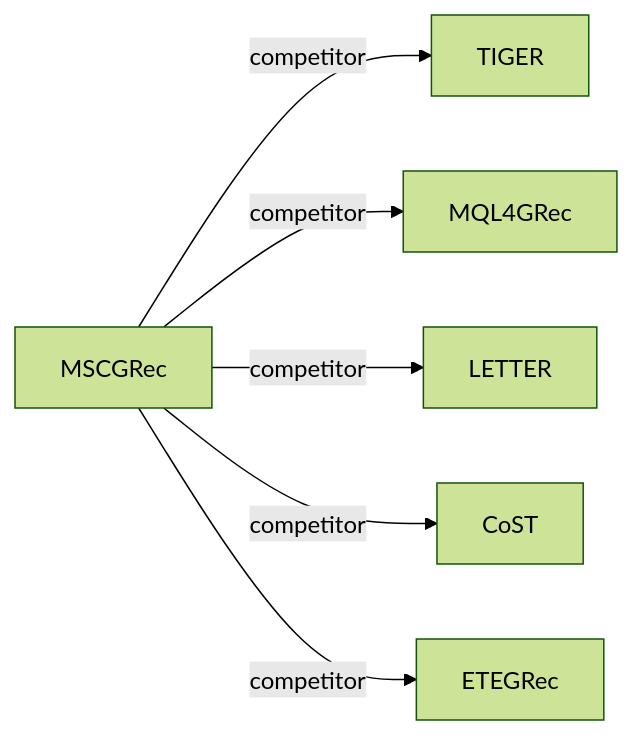
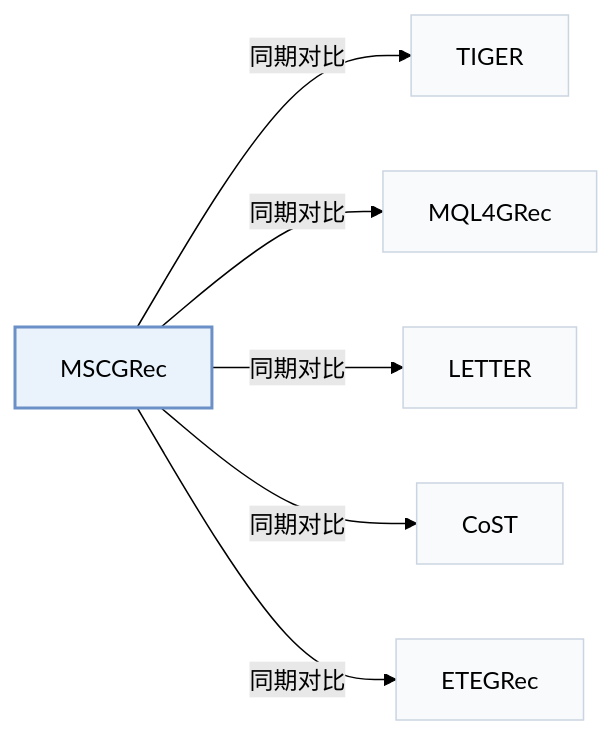
The second of 2 diagrams in pages/zh/papers/mscgrec.md (Galaxy-ghost/Awesome-SID-Generative-Rec), drawn with Mermaid (forest theme) before and after one commit. The commit also changed other lines of this file and 649 other files, not shown here.

Commit message:
writer-05: also tags and modality index (schema, check, build, visuals); summary field removed; calibration data for 12 papers

````diff
--- a/pages/zh/papers/mscgrec.md
+++ b/pages/zh/papers/mscgrec.md
@@ -66,9 +74,13 @@
 ```mermaid
 flowchart LR
     P["MSCGRec"]
-    P -->|competitor| A["TIGER"]
-    P -->|competitor| B["MQL4GRec"]
-    P -->|competitor| C["LETTER"]
-    P -->|competitor| D["CoST"]
-    P -->|competitor| E["ETEGRec"]
+    P -->|"同期对比"| A["TIGER"]
+    P -->|"同期对比"| B["MQL4GRec"]
+    P -->|"同期对比"| C["LETTER"]
+    P -->|"同期对比"| D["CoST"]
+    P -->|"同期对比"| E["ETEGRec"]
+    classDef main fill:#eaf2fb,stroke:#6b8fc7,stroke-width:2px
+    classDef peer fill:#f8fafc,stroke:#cbd5e1
+    class P main
+    class A,B,C,D,E peer
 ```
````
